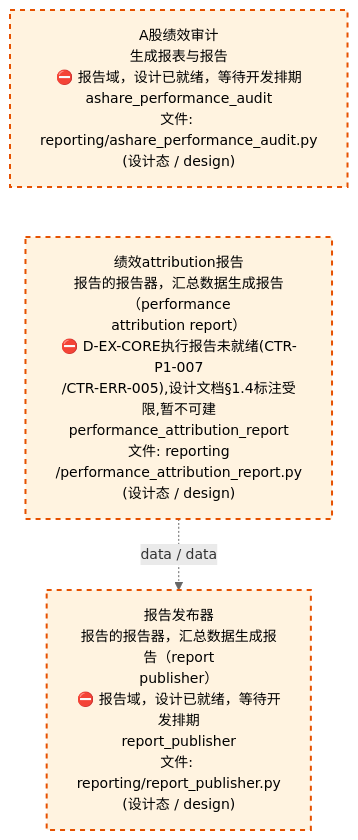
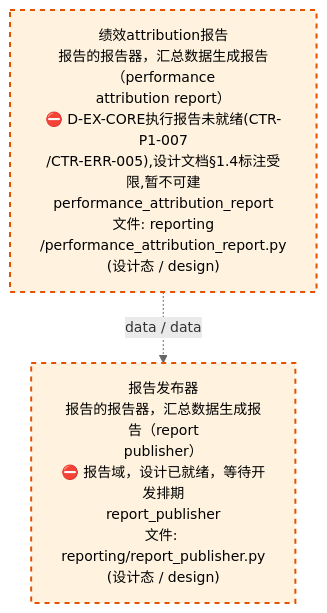
One commit to xuanFelixVan/ZephyrAlpha changed the third of 4 diagrams in docs/02_enterprise_architecture/02_domain_architecture_docs/26_d_reporting.md. Above: the diagram before and after it, drawn with Mermaid. The commit also changed other lines of this file and 10 other files, not shown here.

````diff
--- a/docs/02_enterprise_architecture/02_domain_architecture_docs/26_d_reporting.md
+++ b/docs/02_enterprise_architecture/02_domain_architecture_docs/26_d_reporting.md
@@ -193,14 +194,12 @@
 ```mermaid
 %%{init: {'theme': 'base', 'themeVariables': {'primaryColor': '#eaeaea', 'primaryTextColor': '#333333', 'primaryBorderColor': '#666666', 'lineColor': '#666666', 'secondaryColor': '#eaeaea', 'tertiaryColor': '#eaeaea', 'fontSize': '14px'}}}%%
 flowchart TD
-    src_zephyr_reporting_ashare_performance_audit_py["A股绩效审计<br/>生成报表与报告<br/>⛔ 报告域，设计已就绪，等待开发排期<br/>ashare_performance_audit<br/>文件: reporting/ashare_performance_audit.py<br/>(设计态 / design)"]
     src_zephyr_reporting_performance_attribution_report_py["绩效attribution报告<br/>报告的报告器，汇总数据生成报告（performance<br/>attribution report）<br/>⛔ D-EX-CORE执行报告未就绪(CTR-P1-007<br/>/CTR-ERR-005),设计文档§1.4标注受限,暂不可建<br/>performance_attribution_report<br/>文件: reporting<br/>/performance_attribution_report.py<br/>(设计态 / design)"]
-    src_zephyr_reporting_ashare_performance_audit_py ~~~ src_zephyr_reporting_performance_attribution_report_py
     src_zephyr_reporting_report_publisher_py["报告发布器<br/>报告的报告器，汇总数据生成报告（report<br/>publisher）<br/>⛔ 报告域，设计已就绪，等待开发排期<br/>report_publisher<br/>文件: reporting/report_publisher.py<br/>(设计态 / design)"]
     src_zephyr_reporting_performance_attribution_report_py -.->|data / data| src_zephyr_reporting_report_publisher_py
     classDef production fill:#e1f5fe,stroke:#01579b,stroke-width:2px,color:#000
     classDef design fill:#fff3e0,stroke:#e65100,stroke-width:2px,color:#000,stroke-dasharray: 5 5
     classDef external_prod fill:#e8f4fd,stroke:#0277bd,stroke-width:1px,color:#000
     classDef external_design fill:#fff8e7,stroke:#ef6c00,stroke-width:1px,color:#000,stroke-dasharray: 5 5
-    class src_zephyr_reporting_ashare_performance_audit_py,src_zephyr_reporting_performance_attribution_report_py,src_zephyr_reporting_report_publisher_py design
+    class src_zephyr_reporting_performance_attribution_report_py,src_zephyr_reporting_report_publisher_py design
 ```
````
